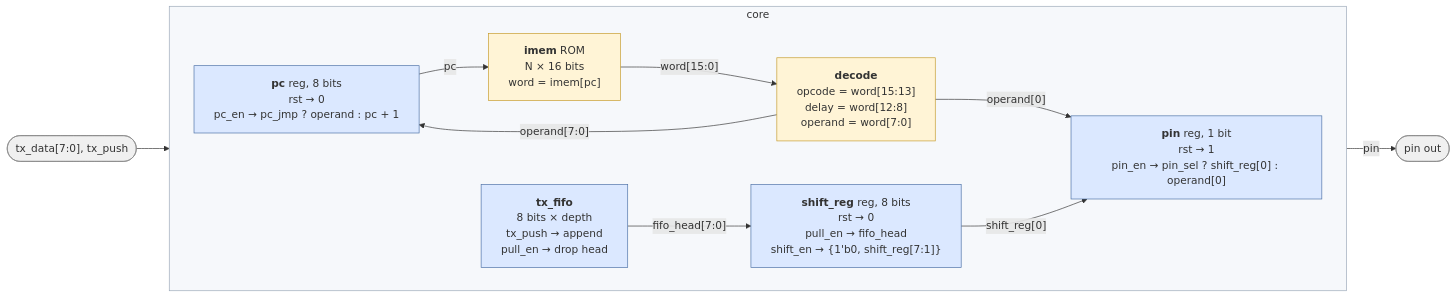
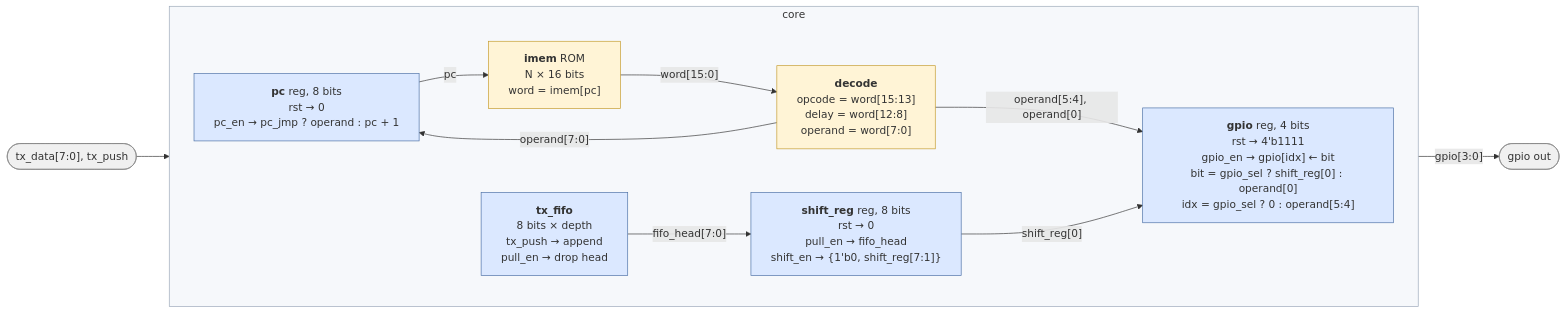
One commit to cshieldsce/smallcore changed the diagram in docs/core.mmd. Above: the diagram before and after it, drawn with Mermaid. The commit also changed 12 other files, not shown here.

Commit message:
update diagrams for gpio pins

```diff
--- a/docs/core.mmd
+++ b/docs/core.mmd
@@ -1,32 +1,32 @@
 %%{init: {"flowchart": {"wrappingWidth": 320}}}%%
 %% Datapath at Verilog level. Blue = register (one always @(posedge clk)), yellow = combinational.
 %% Only data wires are drawn. The enables named inside each register (pull_en, shift_en,
-%% pin_en, pin_sel, pc_en, pc_jmp) come from the control block, see control.svg.
+%% gpio_en, gpio_sel, pc_en, pc_jmp) come from the control block, see control.svg.
 flowchart LR
   classDef reg fill:#dbe8ff,stroke:#4a6fa5
   classDef comb fill:#fff4d6,stroke:#c49a2a
   classDef ext fill:#f0f0f0,stroke:#888
 
   TXIN(["tx_data[7:0], tx_push"]):::ext
 
   subgraph core["core"]
     direction LR
     PC["<b>pc</b> reg, 8 bits<br/>rst → 0<br/>pc_en → pc_jmp ? operand : pc + 1"]:::reg
     IMEM["<b>imem</b> ROM<br/>N × 16 bits<br/>word = imem[pc]"]:::comb
     DEC["<b>decode</b><br/>opcode = word[15:13]<br/>delay = word[12:8]<br/>operand = word[7:0]"]:::comb
     FIFO["<b>tx_fifo</b><br/>8 bits × depth<br/>tx_push → append<br/>pull_en → drop head"]:::reg
     SR["<b>shift_reg</b> reg, 8 bits<br/>rst → 0<br/>pull_en → fifo_head<br/>shift_en → {1'b0, shift_reg[7:1]}"]:::reg
-    PIN["<b>pin</b> reg, 1 bit<br/>rst → 1<br/>pin_en → pin_sel ? shift_reg[0] : operand[0]"]:::reg
+    PIN["<b>gpio</b> reg, 4 bits<br/>rst → 4'b1111<br/>gpio_en → gpio[idx] ← bit<br/>bit = gpio_sel ? shift_reg[0] : operand[0]<br/>idx = gpio_sel ? 0 : operand[5:4]"]:::reg
 
     PC -->|"pc"| IMEM
     IMEM -->|"word[15:0]"| DEC
-    DEC -->|"operand[0]"| PIN
+    DEC -->|"operand[5:4], operand[0]"| PIN
     DEC -->|"operand[7:0]"| PC
     FIFO -->|"fifo_head[7:0]"| SR
     SR -->|"shift_reg[0]"| PIN
   end
 
   TXIN --> FIFO
-  PIN -->|"pin"| OUT(["pin out"]):::ext
+  PIN -->|"gpio[3:0]"| OUT(["gpio out"]):::ext
 
   style core fill:#f6f8fb,stroke:#9aa7b8
```
